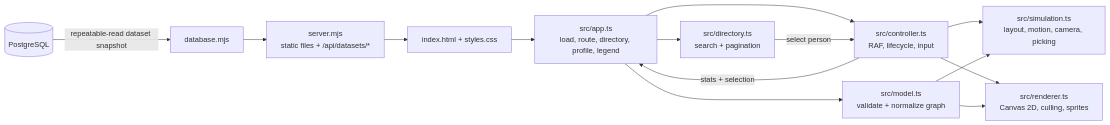
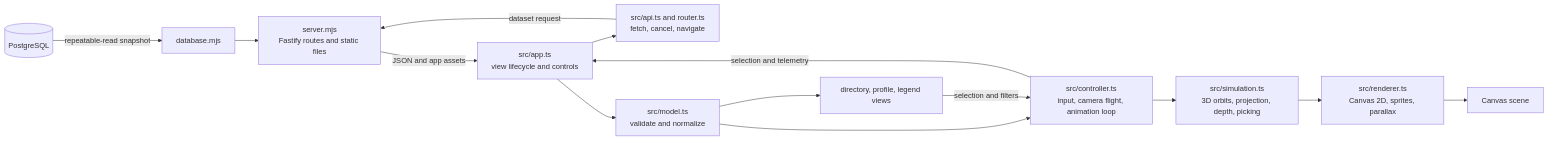
The diagram in README.md (subzw0rld/datavisualization), drawn with Mermaid before and after one commit. The commit also changed other lines of this file, not shown here.

````diff
--- a/README.md
+++ b/README.md
@@ -38,16 +52,16 @@
 ```mermaid
 flowchart LR
-  DB[(PostgreSQL)] -->|repeatable-read dataset snapshot| API[database.mjs]
-  API --> SERVER[server.mjs\nstatic files + /api/datasets/*]
-  SERVER --> APP[index.html + styles.css]
-  APP --> LOAD[src/app.ts\nload, route, directory, profile, legend]
-  LOAD --> MODEL[src/model.ts\nvalidate + normalize graph]
-  LOAD --> DIR[src/directory.ts\nsearch + pagination]
-  LOAD --> CTRL[src/controller.ts\nRAF, lifecycle, input]
-  CTRL --> SIM[src/simulation.ts\nlayout, motion, camera, picking]
-  CTRL --> RENDER[src/renderer.ts\nCanvas 2D, culling, sprites]
-  MODEL --> SIM
-  MODEL --> RENDER
-  DIR -->|select person| CTRL
-  CTRL -->|stats + selection| LOAD
+  DB[(PostgreSQL)] -->|repeatable-read snapshot| DATA[database.mjs]
+  DATA --> SERVER[server.mjs<br/>Fastify routes and static files]
+  SERVER -->|JSON and app assets| APP[src/app.ts<br/>view lifecycle and controls]
+  APP --> API[src/api.ts and router.ts<br/>fetch, cancel, navigate]
+  API -->|dataset request| SERVER
+  APP --> MODEL[src/model.ts<br/>validate and normalize]
+  MODEL --> ENGINE[src/controller.ts<br/>input, camera flight, animation loop]
+  ENGINE --> SIM[src/simulation.ts<br/>3D orbits, projection, depth, picking]
+  SIM --> RENDER[src/renderer.ts<br/>Canvas 2D, sprites, parallax]
+  RENDER --> CANVAS[Canvas scene]
+  MODEL --> UI[directory, profile, legend views]
+  UI -->|selection and filters| ENGINE
+  ENGINE -->|selection and telemetry| APP
 ```
````
